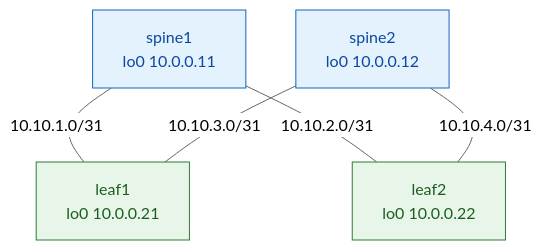
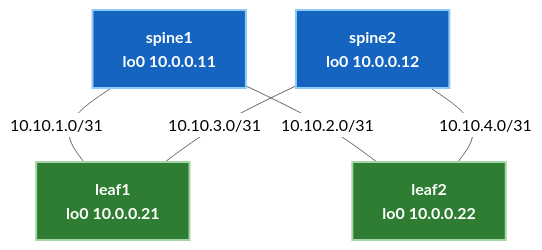
The diagram in docs/archive/juniper-vxlan-evpn/01-underlay.md (etherhtun/netforge-labs), drawn with Mermaid (neutral theme) before and after one commit. The commit also changed 7 other files, not shown here.

Commit message:
fix(diagrams): update all Mermaid diagrams to use high-contrast white text on filled nodes for 100% visibility in both light and dark site themes

````diff
--- a/docs/archive/juniper-vxlan-evpn/01-underlay.md
+++ b/docs/archive/juniper-vxlan-evpn/01-underlay.md
@@ -110,14 +110,14 @@
 ```mermaid
 graph TB
     S1["spine1<br/>lo0 10.0.0.11"]
     S2["spine2<br/>lo0 10.0.0.12"]
     L1["leaf1<br/>lo0 10.0.0.21"]
     L2["leaf2<br/>lo0 10.0.0.22"]
     S1 ---|"10.10.1.0/31"| L1
     S1 ---|"10.10.2.0/31"| L2
     S2 ---|"10.10.3.0/31"| L1
     S2 ---|"10.10.4.0/31"| L2
-    classDef s fill:#e3f2fd,stroke:#1565c0,color:#0d47a1;
-    classDef l fill:#e8f5e9,stroke:#2e7d32,color:#1b5e20;
+    classDef s fill:#1565c0,stroke:#90caf9,color:#ffffff,stroke-width:2px,font-weight:bold;
+    classDef l fill:#2e7d32,stroke:#a5d6a7,color:#ffffff,stroke-width:2px,font-weight:bold;
     class S1,S2 s; class L1,L2 l;
 ```
````
